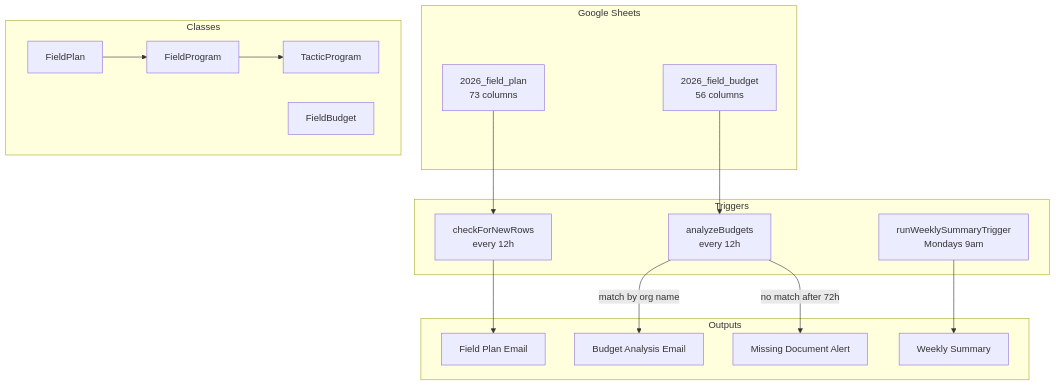
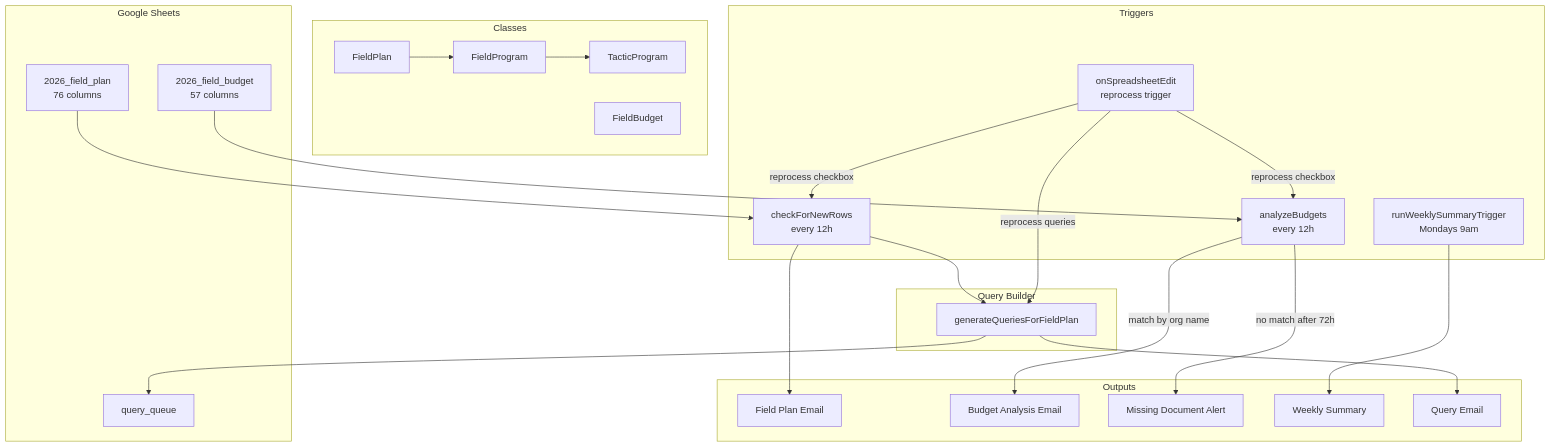
One commit to alabama-forward/appsscript changed the diagram in fieldplan_analyzer/README.md. Above: the diagram before and after it, drawn with Mermaid. The commit also changed other lines of this file and 7 other files, not shown here.

````diff
--- a/fieldplan_analyzer/README.md
+++ b/fieldplan_analyzer/README.md
@@ -7,31 +7,43 @@
 ```mermaid
 graph TD
     subgraph "Google Sheets"
-        FP[2026_field_plan<br/>73 columns]
-        FB[2026_field_budget<br/>56 columns]
+        FP[2026_field_plan<br/>76 columns]
+        FB[2026_field_budget<br/>57 columns]
+        QQ[query_queue]
     end
 
     subgraph "Classes"
         FPC[FieldPlan] --> FPR[FieldProgram] --> TP[TacticProgram]
         FBC[FieldBudget]
     end
 
     subgraph "Triggers"
         T1[checkForNewRows<br/>every 12h]
         T2[analyzeBudgets<br/>every 12h]
         T3[runWeeklySummaryTrigger<br/>Mondays 9am]
+        T4[onSpreadsheetEdit<br/>reprocess trigger]
+    end
+
+    subgraph "Query Builder"
+        QB[generateQueriesForFieldPlan]
     end
 
     subgraph "Outputs"
         E1[Field Plan Email]
         E2[Budget Analysis Email]
         E3[Missing Document Alert]
         E4[Weekly Summary]
+        E5[Query Email]
     end
 
     FP --> T1 --> E1
+    T1 --> QB --> QQ
+    QB --> E5
     FB --> T2
     T2 --> |match by org name| E2
     T2 --> |no match after 72h| E3
     T3 --> E4
+    T4 --> |reprocess checkbox| T1
+    T4 --> |reprocess checkbox| T2
+    T4 --> |reprocess queries| QB
 ```
````
